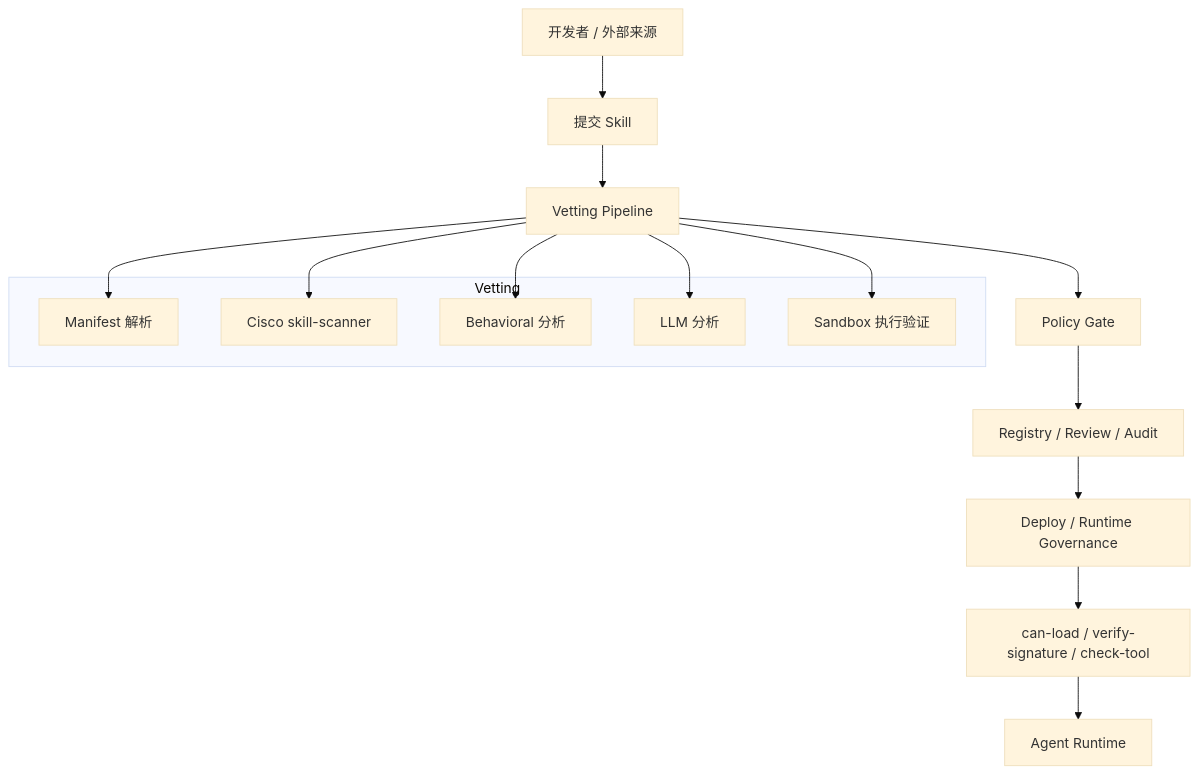
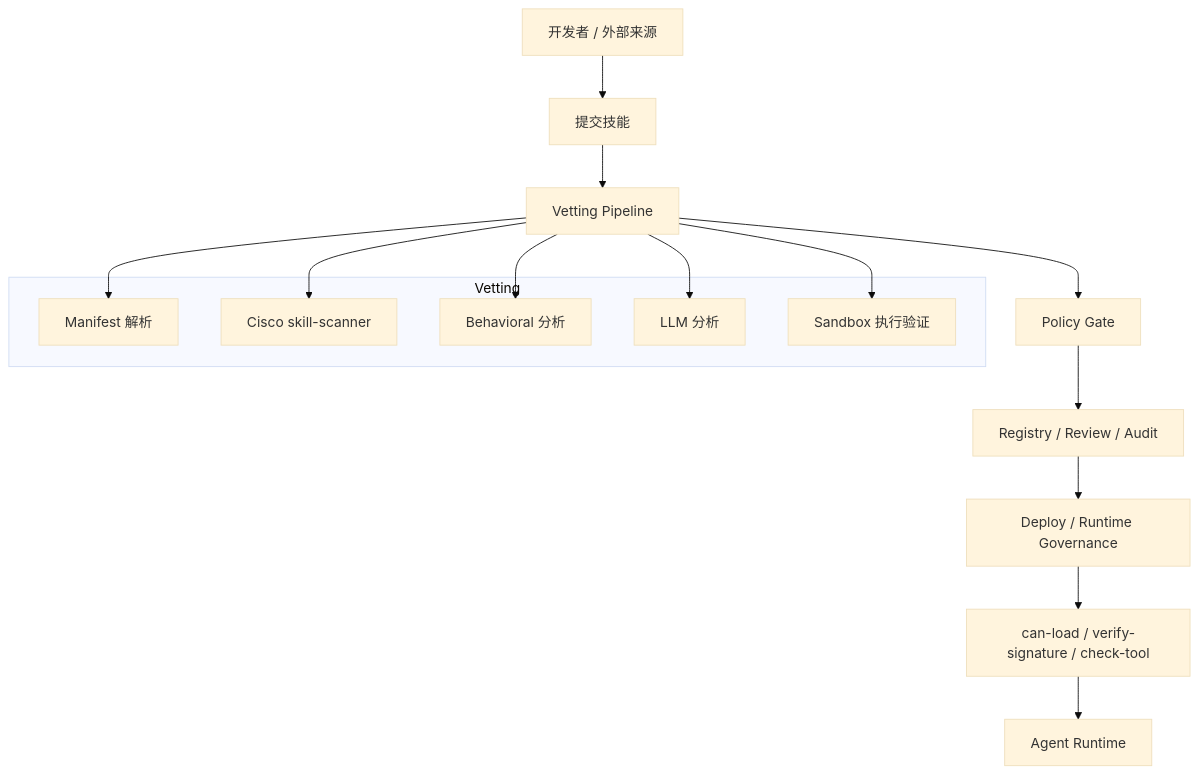
One commit to HuangLuGuang/skill-manager changed the first of 5 diagrams in docs/project-guide.md. Above: the diagram before and after it, drawn with Mermaid (base theme). The commit also changed other lines of this file and 141 other files, not shown here.

````diff
--- a/docs/project-guide.md
+++ b/docs/project-guide.md
@@ -109,25 +109,25 @@
 ```mermaid
 flowchart TB
-    U["开发者 / 外部来源"] --> S["提交 Skill"]
+    U["开发者 / 外部来源"] --> S["提交技能"]
     S --> V["Vetting Pipeline"]
     V --> P["Policy Gate"]
     P --> R["Registry / Review / Audit"]
     R --> D["Deploy / Runtime Governance"]
 
     subgraph Vetting
       V1["Manifest 解析"]
       V2["Cisco skill-scanner"]
       V3["Behavioral 分析"]
       V4["LLM 分析"]
       V5["Sandbox 执行验证"]
     end
 
     V --> V1
     V --> V2
     V --> V3
     V --> V4
     V --> V5
 
     D --> G["can-load / verify-signature / check-tool"]
     G --> A["Agent Runtime"]
 ```
````
